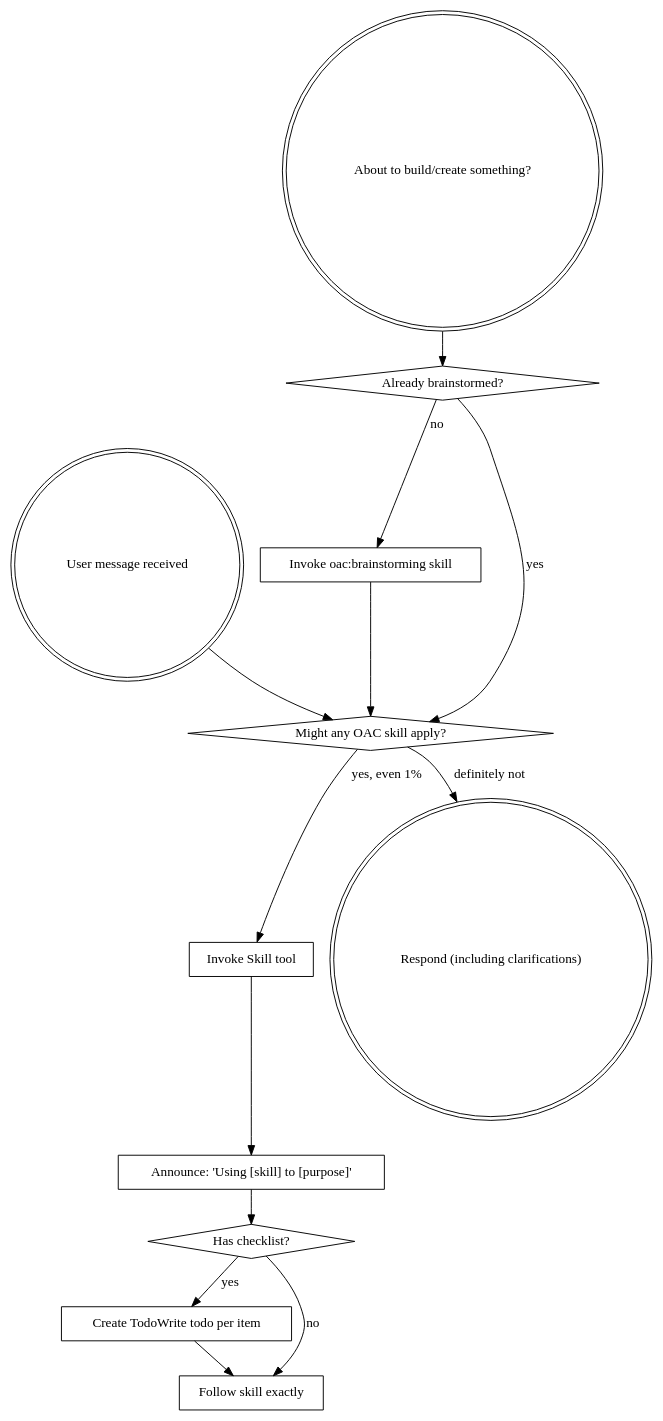
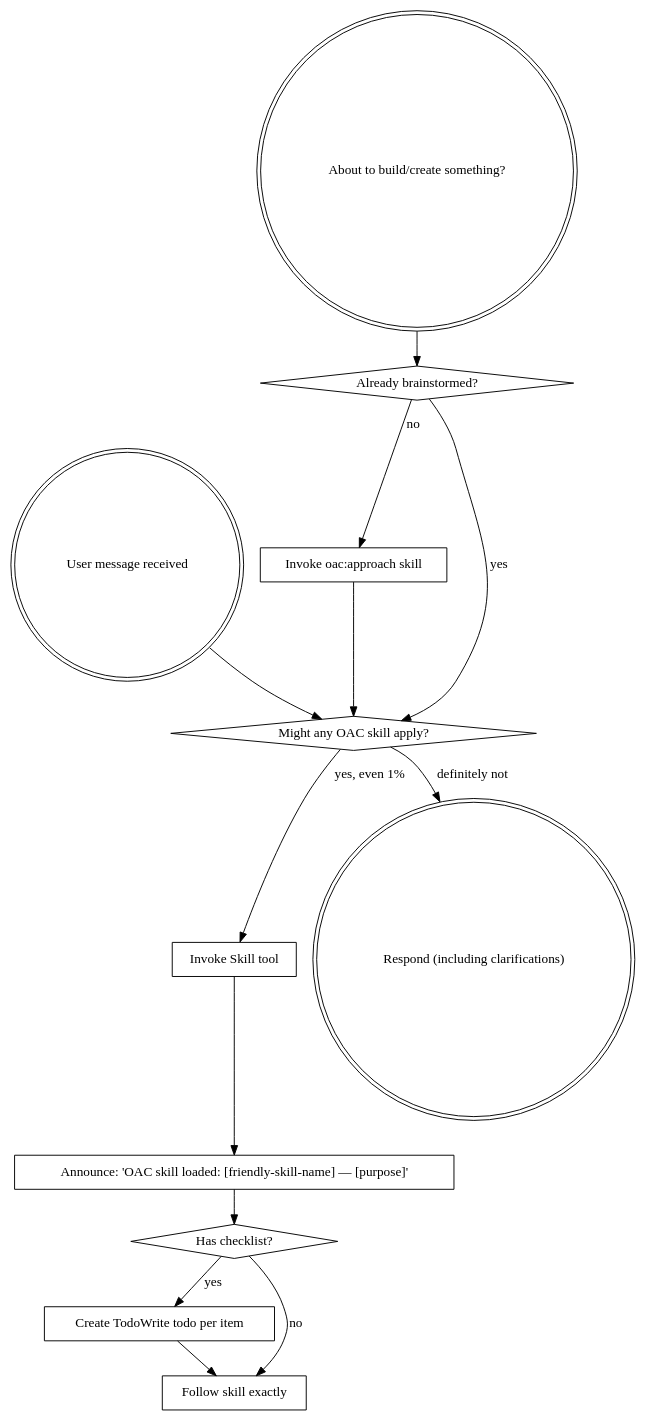
The diagram in plugins/claude-code/skills/using-oac/SKILL.md (Leslie-ller/OpenAgentsControl), drawn with Graphviz before and after one commit. The commit also changed other lines of this file and 317 other files, not shown here.

````diff
--- a/plugins/claude-code/skills/using-oac/SKILL.md
+++ b/plugins/claude-code/skills/using-oac/SKILL.md
@@ -24,29 +24,29 @@
 ```dot
 digraph skill_flow {
     "User message received" [shape=doublecircle];
     "About to build/create something?" [shape=doublecircle];
     "Already brainstormed?" [shape=diamond];
-    "Invoke oac:brainstorming skill" [shape=box];
+    "Invoke oac:approach skill" [shape=box];
     "Might any OAC skill apply?" [shape=diamond];
     "Invoke Skill tool" [shape=box];
-    "Announce: 'Using [skill] to [purpose]'" [shape=box];
+    "Announce: 'OAC skill loaded: [friendly-skill-name] — [purpose]'" [shape=box];
     "Has checklist?" [shape=diamond];
     "Create TodoWrite todo per item" [shape=box];
     "Follow skill exactly" [shape=box];
     "Respond (including clarifications)" [shape=doublecircle];
 
     "About to build/create something?" -> "Already brainstormed?";
-    "Already brainstormed?" -> "Invoke oac:brainstorming skill" [label="no"];
+    "Already brainstormed?" -> "Invoke oac:approach skill" [label="no"];
     "Already brainstormed?" -> "Might any OAC skill apply?" [label="yes"];
-    "Invoke oac:brainstorming skill" -> "Might any OAC skill apply?";
+    "Invoke oac:approach skill" -> "Might any OAC skill apply?";
 
     "User message received" -> "Might any OAC skill apply?";
     "Might any OAC skill apply?" -> "Invoke Skill tool" [label="yes, even 1%"];
     "Might any OAC skill apply?" -> "Respond (including clarifications)" [label="definitely not"];
-    "Invoke Skill tool" -> "Announce: 'Using [skill] to [purpose]'";
-    "Announce: 'Using [skill] to [purpose]'" -> "Has checklist?";
+    "Invoke Skill tool" -> "Announce: 'OAC skill loaded: [friendly-skill-name] — [purpose]'";
+    "Announce: 'OAC skill loaded: [friendly-skill-name] — [purpose]'" -> "Has checklist?";
     "Has checklist?" -> "Create TodoWrite todo per item" [label="yes"];
     "Has checklist?" -> "Follow skill exactly" [label="no"];
     "Create TodoWrite todo per item" -> "Follow skill exactly";
 }
 ```
````
